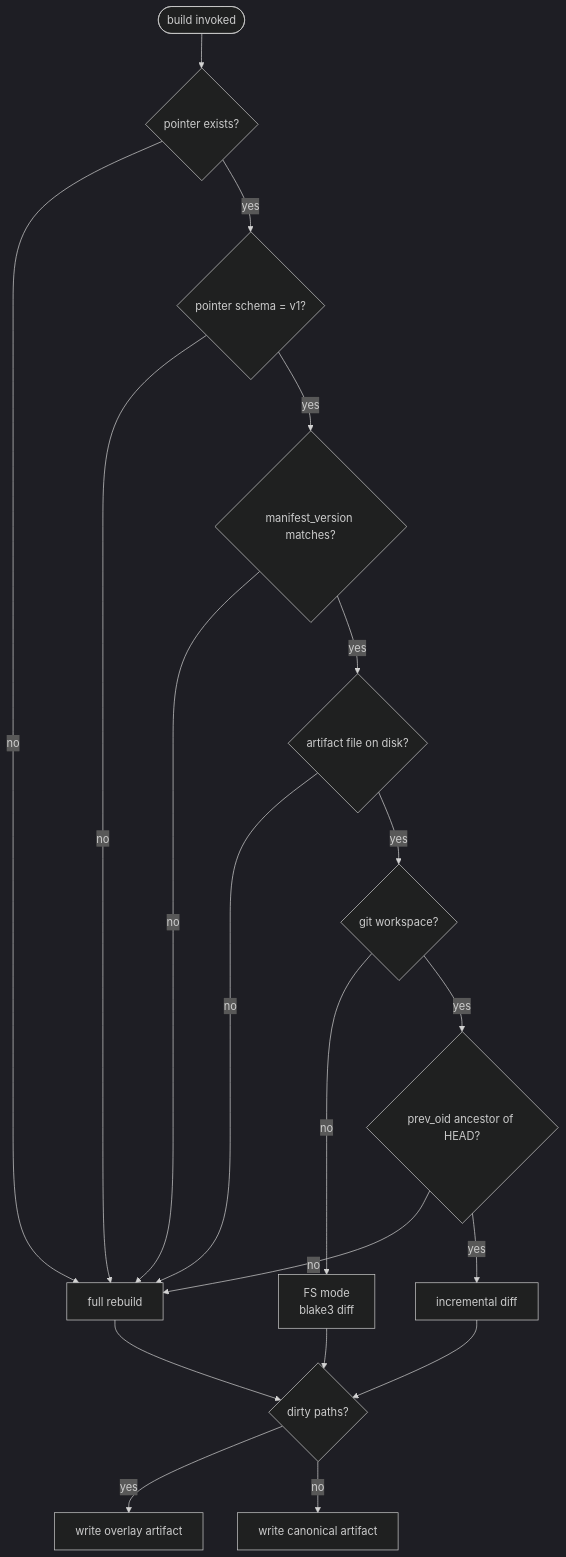
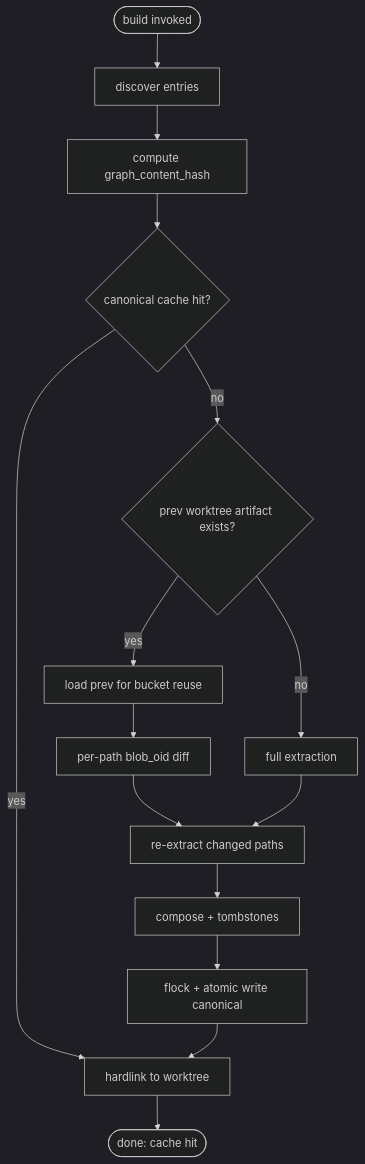
One commit to getspur/spur changed the fifth of 7 diagrams in docs/architecture/spur-graph-git-invalidation.md. Above: the diagram before and after it, drawn with Mermaid (dark theme). The commit also changed other lines of this file, not shown here.

````diff
--- a/docs/architecture/spur-graph-git-invalidation.md
+++ b/docs/architecture/spur-graph-git-invalidation.md
@@ -206,21 +205,17 @@
 ```mermaid
 flowchart TD
-    START([build invoked]) --> P{pointer exists?}
-    P -- no --> FULL[full rebuild]
-    P -- yes --> SCH{pointer schema = v1?}
-    SCH -- no --> FULL
-    SCH -- yes --> MV{manifest_version matches?}
-    MV -- no --> FULL
-    MV -- yes --> AR{artifact file on disk?}
-    AR -- no --> FULL
-    AR -- yes --> GIT{git workspace?}
-    GIT -- no --> FSPATH[FS mode<br/>blake3 diff]
-    GIT -- yes --> ANC{prev_oid ancestor of HEAD?}
-    ANC -- no --> FULL
-    ANC -- yes --> INC[incremental diff]
-    INC --> DIRTY{dirty paths?}
-    FSPATH --> DIRTY
-    DIRTY -- yes --> OVL[write overlay artifact]
-    DIRTY -- no --> CAN[write canonical artifact]
-    FULL --> DIRTY
+    START([build invoked]) --> DISC[discover entries]
+    DISC --> HASH[compute graph_content_hash]
+    HASH --> CHK{canonical cache hit?}
+    CHK -- yes --> LINK[hardlink to worktree]
+    LINK --> DONE_HIT([done: cache hit])
+    CHK -- no --> PREV{prev worktree artifact exists?}
+    PREV -- yes --> LOAD[load prev for bucket reuse]
+    PREV -- no --> FULL[full extraction]
+    LOAD --> DIFF[per-path blob_oid diff]
+    DIFF --> EXTRACT[re-extract changed paths]
+    FULL --> EXTRACT
+    EXTRACT --> COMPOSE[compose + tombstones]
+    COMPOSE --> WRITE[flock + atomic write canonical]
+    WRITE --> LINK
 ```
````
